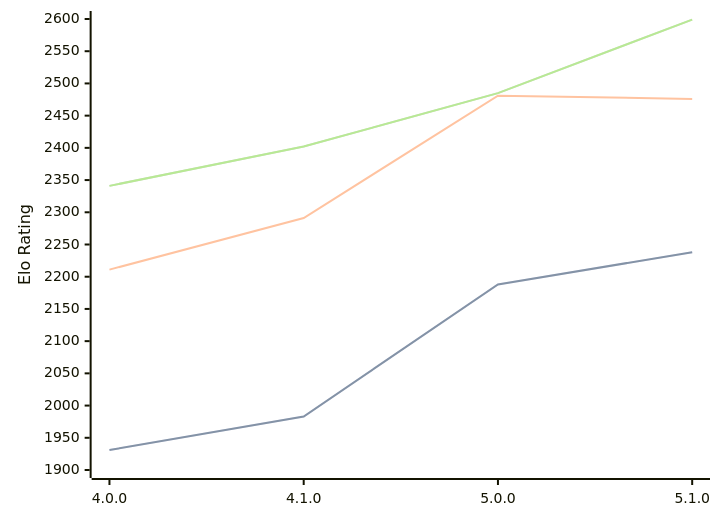
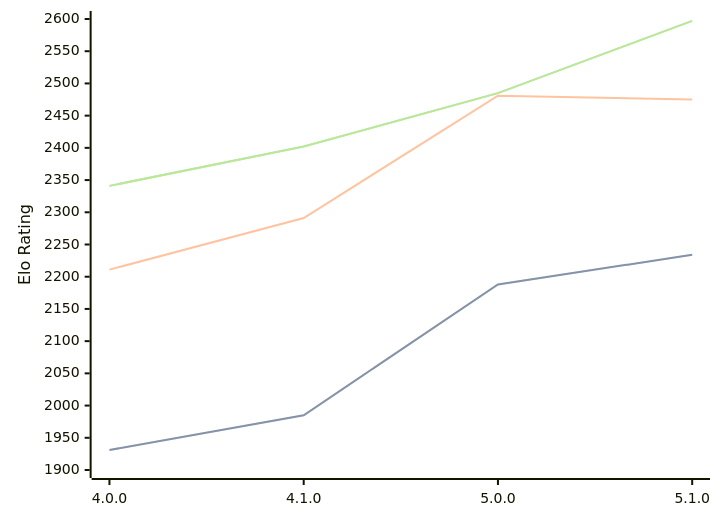
Before and after one commit to computer-chess-index/cci: the diagram in engines/Aconcagua.md, drawn with Mermaid. The commit also changed other lines of this file, not shown here.

Commit message:
Update CCI Ratings (ELO VLTC) - 2026-04-03

````diff
--- a/engines/Aconcagua.md
+++ b/engines/Aconcagua.md
@@ -43,11 +43,11 @@
 ```mermaid
 %%{init: {"theme":"base","themeVariables":{"seriesColors:['#a3a3a3','#222221','#faa371']}}}%%
 xychart-beta
   x-axis ["4.0.0", "4.1.0", "5.0.0", "5.1.0"]
   y-axis "Elo Rating" 1900 --> 2600
-  line "STC (8.0+0.08s)" [1931, 1983, 2188, 2238]
-  line "STC (8.0+0.08s)" [1931, 1983, 2188, 2238]
-  line "LTC (60.0+0.60s)" [2211, 2291, 2481, 2476]
-  line "VLTC (2m24s+1.12s)" [2341, 2402, 2485, 2599]
-  line "VLTC (2m24s+1.12s)" [2341, 2402, 2485, 2599]
+  line "STC (8.0+0.08s)" [1931, 1985, 2188, 2234]
+  line "STC (8.0+0.08s)" [1931, 1985, 2188, 2234]
+  line "LTC (60.0+0.60s)" [2211, 2291, 2481, 2475]
+  line "VLTC (2m24s+1.12s)" [2341, 2402, 2485, 2597]
+  line "VLTC (2m24s+1.12s)" [2341, 2402, 2485, 2597]
 ```
````
